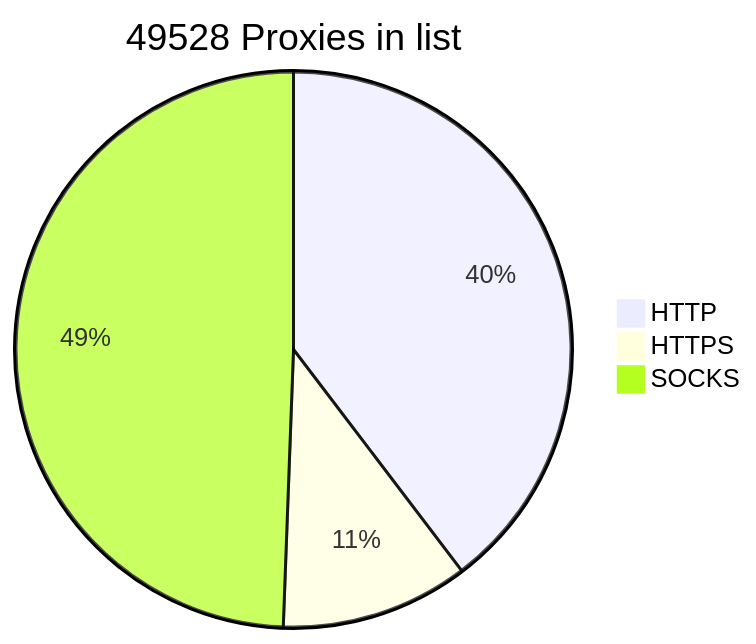
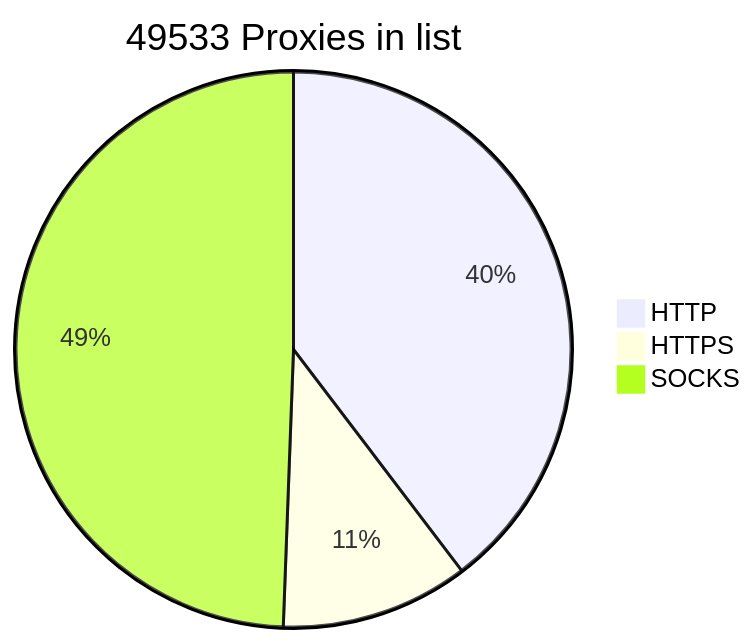
Before and after one commit to BlackSnowDot/proxylist-update-every-minute: the diagram in README.md, drawn with Mermaid.

````diff
--- a/README.md
+++ b/README.md
@@ -2,6 +2,6 @@
 ```mermaid
-pie title 49528 Proxies in list
-    "HTTP" : 21736
-    "HTTPS": 5993
-    "SOCKS" : 27086
+pie title 49533 Proxies in list
+    "HTTP" : 21738
+    "HTTPS": 5995
+    "SOCKS" : 27090
 ```
````
